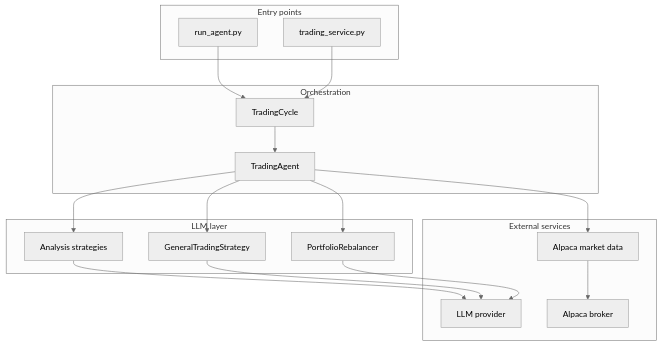
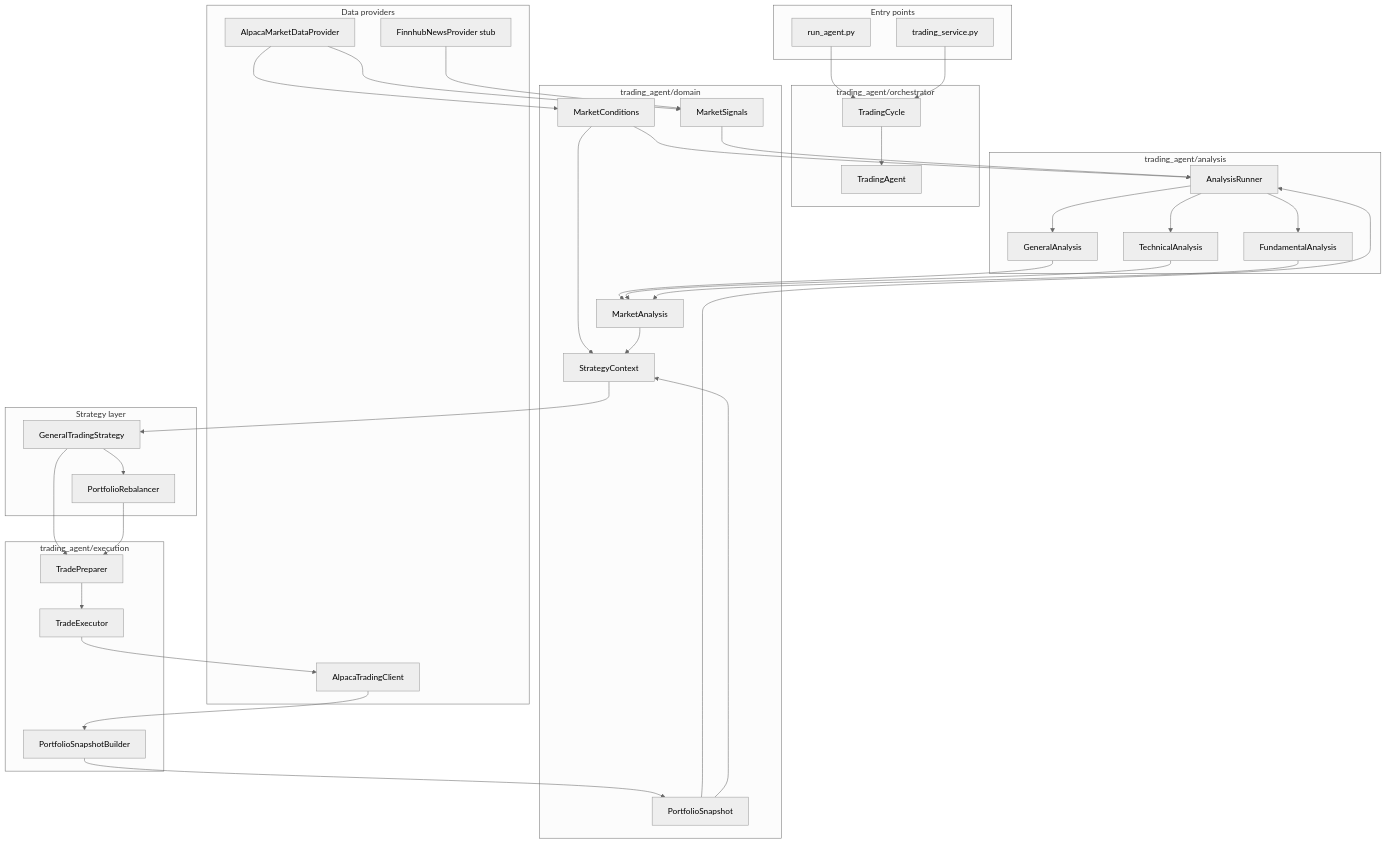
One commit to yetigong/trading-agent changed the first of 2 diagrams in docs/PROJECT_PLAN.md. Above: the diagram before and after it, drawn with Mermaid (neutral theme). The commit also changed other lines of this file and 51 other files, not shown here.

````diff
--- a/docs/PROJECT_PLAN.md
+++ b/docs/PROJECT_PLAN.md
@@ -11,31 +11,66 @@
 ```mermaid
-flowchart TD
+flowchart TB
     subgraph entry [Entry points]
         RA[run_agent.py]
         TS[trading_service.py]
     end
 
-    subgraph orchestration [Orchestration]
+    subgraph orchestrator [trading_agent/orchestrator]
         TC[TradingCycle]
         TA[TradingAgent]
     end
 
-    subgraph intelligence [LLM layer]
-        AS[Analysis strategies]
-        STRAT[GeneralTradingStrategy]
+    subgraph domain [trading_agent/domain]
+        MC[MarketConditions]
+        MS[MarketSignals]
+        PS[PortfolioSnapshot]
+        MA[MarketAnalysis]
+        SC[StrategyContext]
+    end
+
+    subgraph dataProviders [Data providers]
+        ALP_MD[AlpacaMarketDataProvider]
+        FIN[FinnhubNewsProvider stub]
+        ALP_BRK[AlpacaTradingClient]
+    end
+
+    subgraph analysis [trading_agent/analysis]
+        AR[AnalysisRunner]
+        GEN[GeneralAnalysis]
+        TECH[TechnicalAnalysis]
+        FUND[FundamentalAnalysis]
+    end
+
+    subgraph strategy [Strategy layer]
+        STR[GeneralTradingStrategy]
         REB[PortfolioRebalancer]
     end
 
-    subgraph external [External services]
-        LLM[LLM provider]
-        MD[Alpaca market data]
-        BRK[Alpaca broker]
+    subgraph execution [trading_agent/execution]
+        PSB[PortfolioSnapshotBuilder]
+        PRE[TradePreparer]
+        EXT[TradeExecutor]
     end
 
     RA --> TC --> TA
     TS --> TC
-    TA --> AS --> LLM
-    TA --> STRAT --> LLM
-    TA --> REB --> LLM
-    TA --> MD --> BRK
+
+    ALP_MD --> MC
+    ALP_MD --> MS
+    FIN --> MS
+    ALP_BRK --> PSB --> PS
+
+    MC --> AR
+    MS --> AR
+    PS --> AR
+    AR --> GEN --> MA
+    AR --> TECH --> MA
+    AR --> FUND --> MA
+
+    MC --> SC
+    MA --> SC
+    PS --> SC
+    SC --> STR --> PRE
+    STR --> REB --> PRE
+    PRE --> EXT --> ALP_BRK
 ```
````
